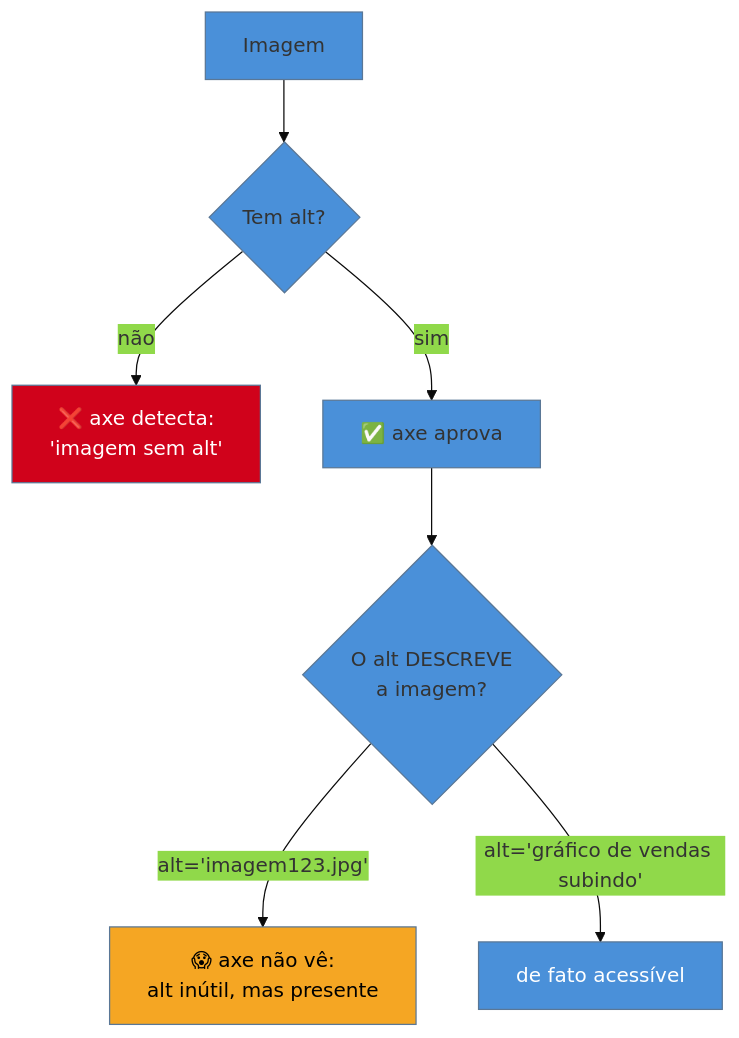
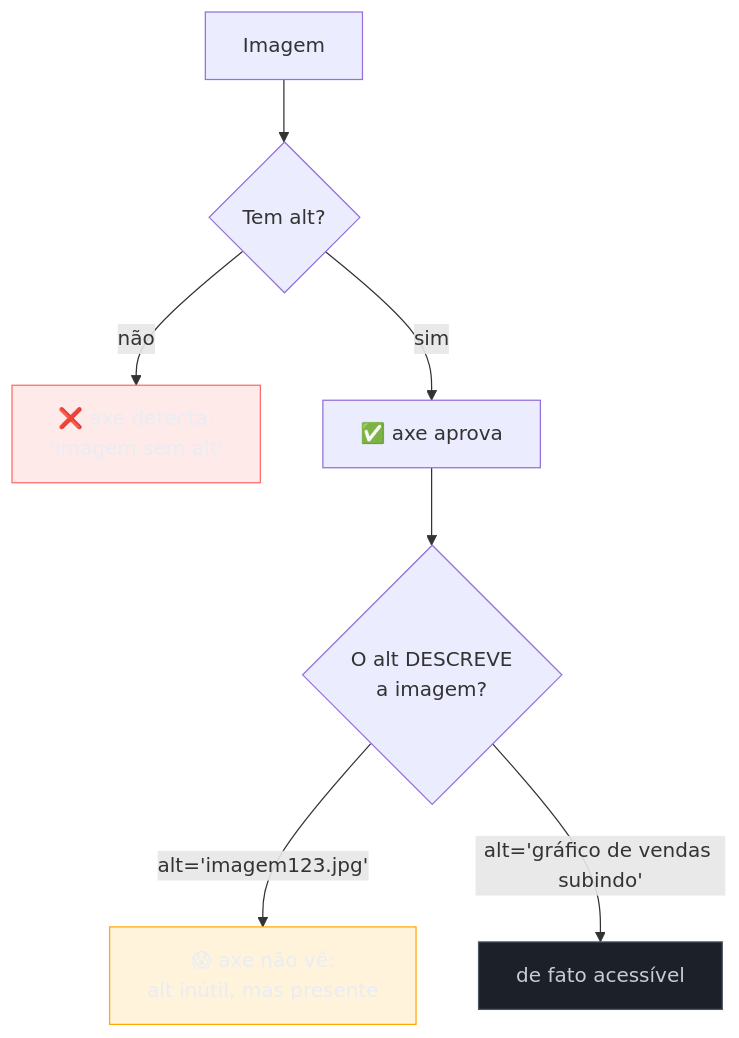
The diagram in 03-Dominios/Tecnologia/Acessibilidade/Auditar e Testar/13 - Auditoria automatizada.md (josenaldo/codex-technomanticus), drawn with Mermaid before and after one commit. The commit also changed 1181 other files, not shown here.

First line of the commit message:
fix(diagramas): paleta do sistema no lugar de cor cravada no markdown

````diff
--- a/03-Dominios/Tecnologia/Acessibilidade/Auditar e Testar/13 - Auditoria automatizada.md
+++ b/03-Dominios/Tecnologia/Acessibilidade/Auditar e Testar/13 - Auditoria automatizada.md
@@ -53,13 +53,15 @@
 ```mermaid
-%%{init: {"theme": "base", "themeVariables": {"primaryColor": "#4A90D9"}}}%%
 graph TD
+    classDef falha fill:#FF6B6B24,stroke:#FF6B6B,color:#E9ECF2
+    classDef destaque fill:#FFAA0024,stroke:#FFAA00,color:#E9ECF2
+    classDef neutro fill:#1B2029,stroke:#4E5666,color:#C6CCD8
     A[Imagem] --> B{Tem alt?}
     B -->|não| C["❌ axe detecta:<br/>'imagem sem alt'"]
     B -->|sim| D["✅ axe aprova"]
     D --> E{"O alt DESCREVE<br/>a imagem?"}
     E -->|"alt='imagem123.jpg'"| F["😱 axe não vê:<br/>alt inútil, mas presente"]
     E -->|"alt='gráfico de vendas subindo'"| G[de fato acessível]
-    style C fill:#D0021B,color:#fff
-    style F fill:#F5A623,color:#000
-    style G fill:#4A90D9,color:#fff
+    class C falha
+    class F destaque
+    class G neutro
 ```
````
